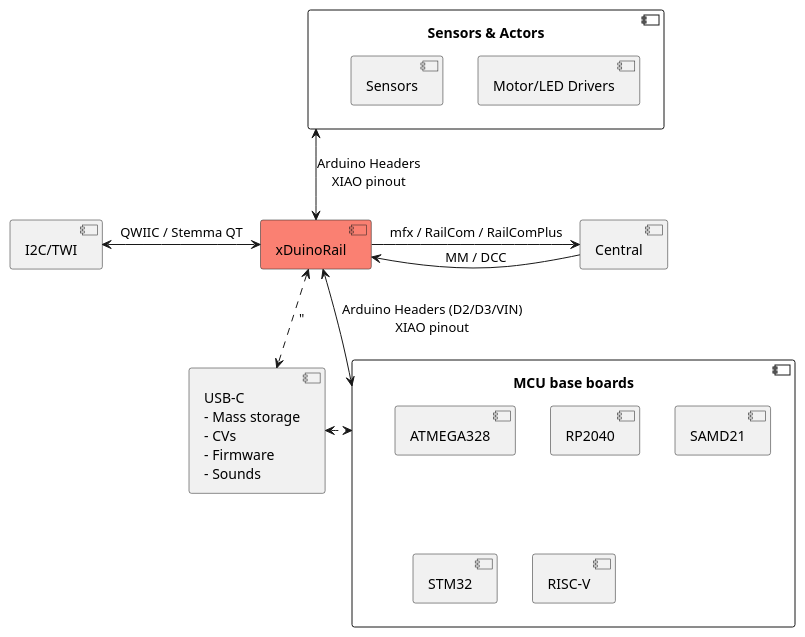
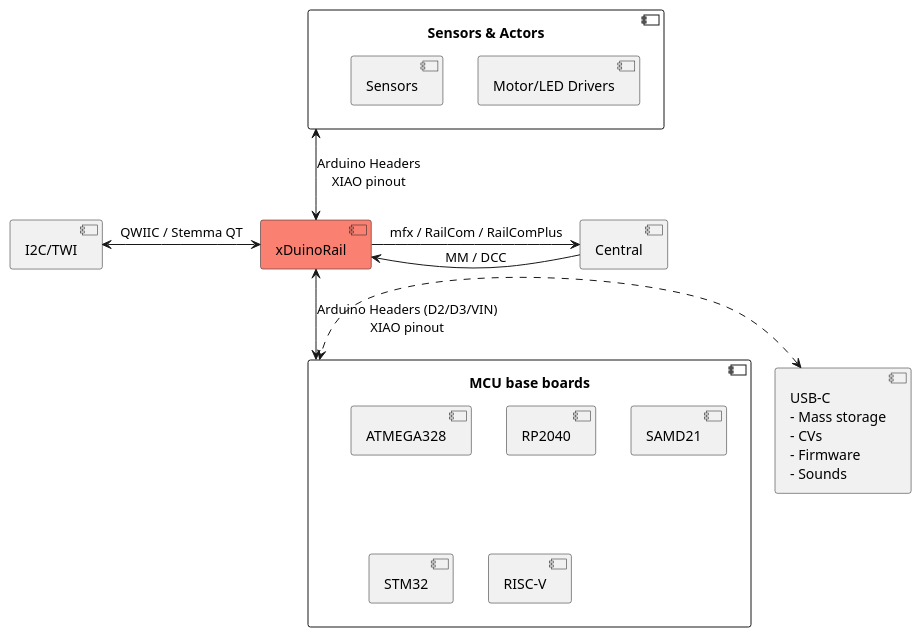
One commit to chatelao/xDuinoRail-Decoder changed the diagram in overview.puml. Above: the diagram before and after it, drawn with PlantUML.

```diff
--- a/overview.puml
+++ b/overview.puml
@@ -1,36 +1,35 @@
 @startuml
 
 component "Central" as Central
 
 component "xDuinoRail" as Decoder#Salmon
 
 Decoder <- Central : MM / DCC
 Central <- Decoder : mfx / RailCom / RailComPlus
 
 component "I2C/TWI" as I2C
 component "USB-C\n- Mass storage\n- CVs\n- Firmware\n- Sounds" as USBC
 
 I2C <-> Decoder: "QWIIC / Stemma QT"
-Decoder <..> USBC : "
 
 component "MCU base boards" as MCU {
 
 component ATMEGA328
 component RP2040
 component SAMD21
 component STM32
 component "RISC-V"
 
 }
 Decoder <--> MCU : "Arduino Headers (D2/D3/VIN)\nXIAO pinout"
 USBC <.> MCU
 
 component "Sensors & Actors" as SENS {
 
 component "Motor/LED Drivers"
 component "Sensors"
 
 }
 SENS <--> Decoder : "Arduino Headers\nXIAO pinout"
 
 @enduml
```
